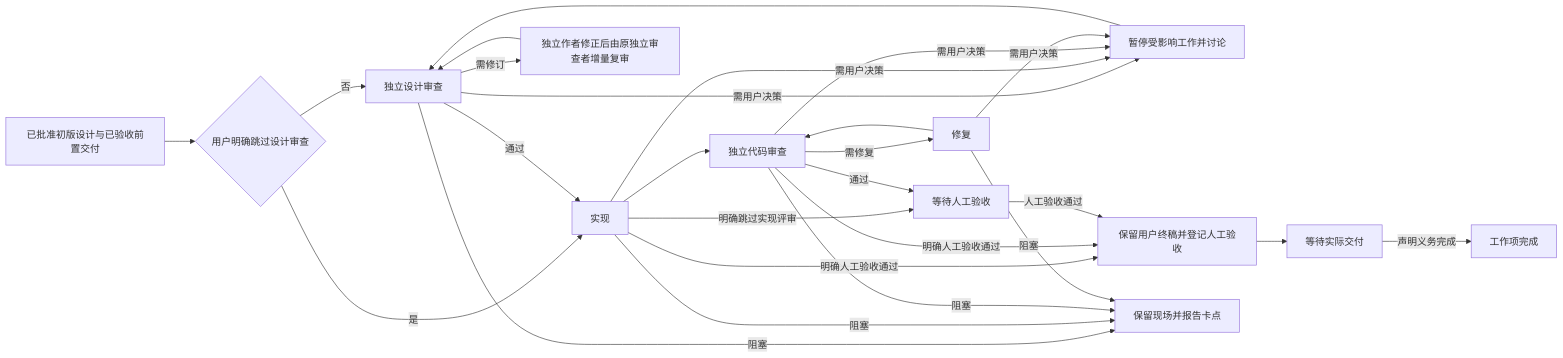
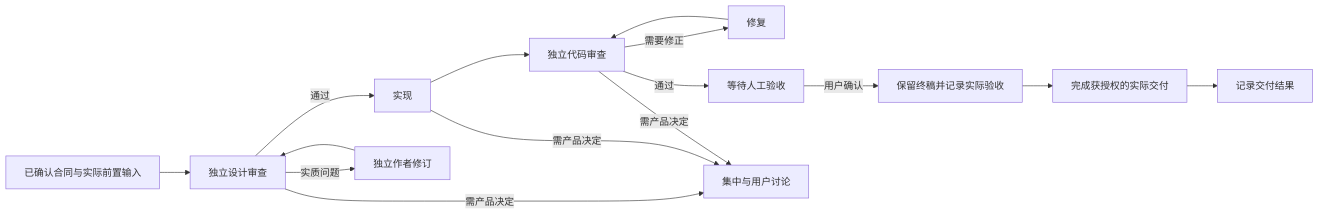
The diagram in docs/designs/autonomous-project-advancement.md (AiRanthem/agents), drawn with Mermaid before and after one commit. The commit also changed other lines of this file and 108 other files, not shown here.

````diff
--- a/docs/designs/autonomous-project-advancement.md
+++ b/docs/designs/autonomous-project-advancement.md
@@ -54,28 +49,17 @@
 ```mermaid
 flowchart LR
-    A[已批准初版设计与已验收前置交付] --> S{用户明确跳过设计审查}
-    S -->|否| B[独立设计审查]
-    S -->|是| C
+    A[已确认合同与实际前置输入] --> B[独立设计审查]
     B -->|通过| C[实现]
-    B -->|需修订| X[独立作者修正后由原独立审查者增量复审]
+    B -->|实质问题| X[独立作者修订]
     X --> B
-    B -->|需用户决策| U[暂停受影响工作并讨论]
-    U --> B
     C --> D[独立代码审查]
-    C -->|明确跳过实现评审| E
-    C -->|明确人工验收通过| H[保留用户终稿并登记人工验收]
+    D -->|需要修正| F[修复]
+    F --> D
     D -->|通过| E[等待人工验收]
-    D -->|明确人工验收通过| H
-    E -->|人工验收通过| H
-    H --> V[等待实际交付]
-    V -->|声明义务完成| Z[工作项完成]
-    D -->|需修复| F[修复]
-    F --> D
-    C -->|需用户决策| U
-    D -->|需用户决策| U
-    F -->|需用户决策| U
-    B -->|阻塞| K[保留现场并报告卡点]
-    C -->|阻塞| K
-    D -->|阻塞| K
-    F -->|阻塞| K
+    E -->|用户确认| H[保留终稿并记录实际验收]
+    H --> V[完成获授权的实际交付]
+    V --> Z[记录交付结果]
+    B -->|需产品决定| U[集中与用户讨论]
+    C -->|需产品决定| U
+    D -->|需产品决定| U
 ```
````
